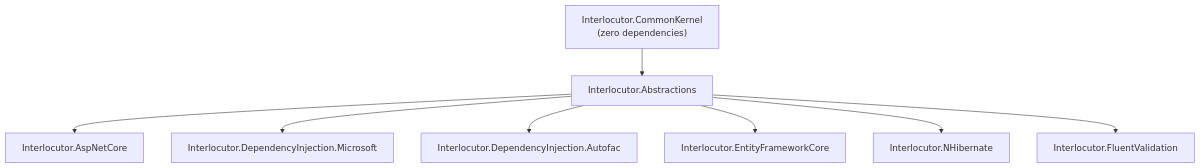
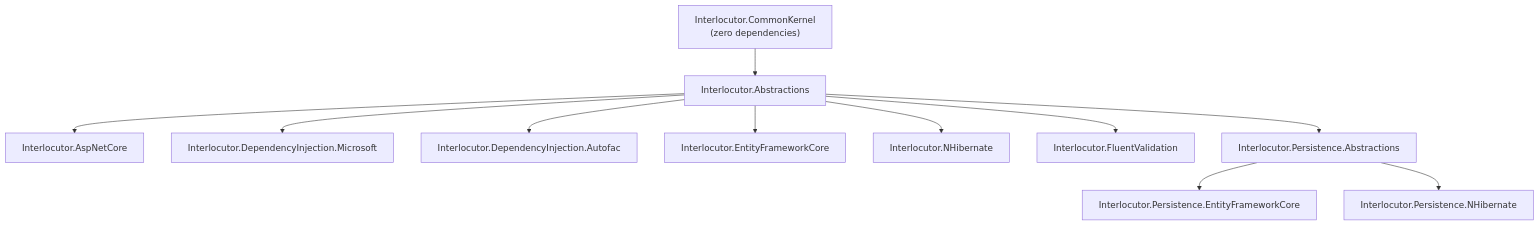
One commit to rheone/interlocutor changed the diagram in README.md. Above: the diagram before and after it, drawn with Mermaid. The commit also changed other lines of this file and 39 other files, not shown here.

````diff
--- a/README.md
+++ b/README.md
@@ -98,10 +101,13 @@
 ```mermaid
 flowchart TD
     CommonKernel["Interlocutor.CommonKernel<br/>(zero dependencies)"] --> Abstractions["Interlocutor.Abstractions"]
     Abstractions --> AspNetCore["Interlocutor.AspNetCore"]
     Abstractions --> DIMicrosoft["Interlocutor.DependencyInjection.Microsoft"]
     Abstractions --> DIAutofac["Interlocutor.DependencyInjection.Autofac"]
     Abstractions --> EFCore["Interlocutor.EntityFrameworkCore"]
     Abstractions --> NHibernate["Interlocutor.NHibernate"]
     Abstractions --> FluentValidation["Interlocutor.FluentValidation"]
+    Abstractions --> PersistenceAbstractions["Interlocutor.Persistence.Abstractions"]
+    PersistenceAbstractions --> PersistenceEFCore["Interlocutor.Persistence.EntityFrameworkCore"]
+    PersistenceAbstractions --> PersistenceNHibernate["Interlocutor.Persistence.NHibernate"]
 ```
````
